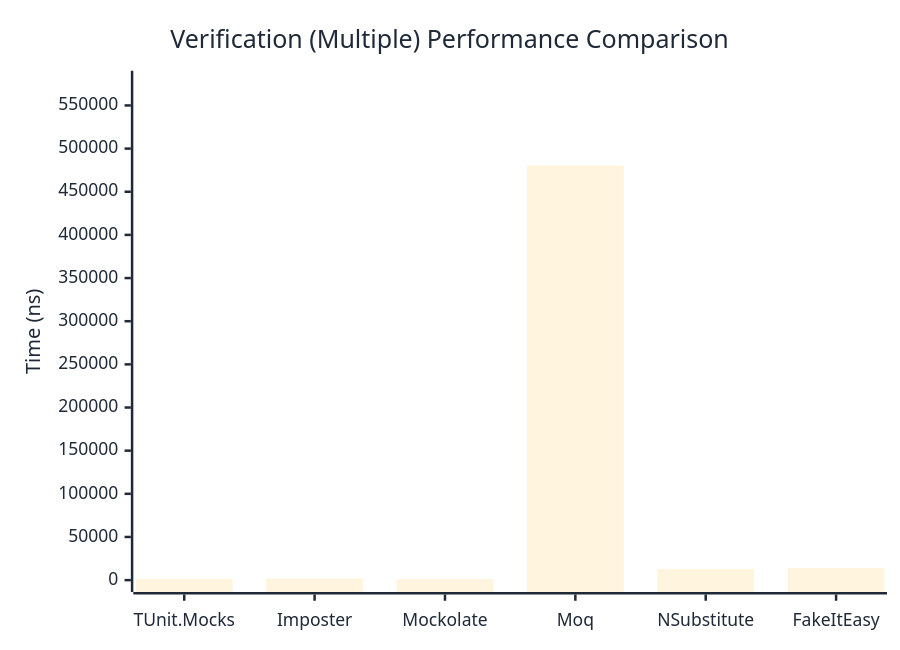
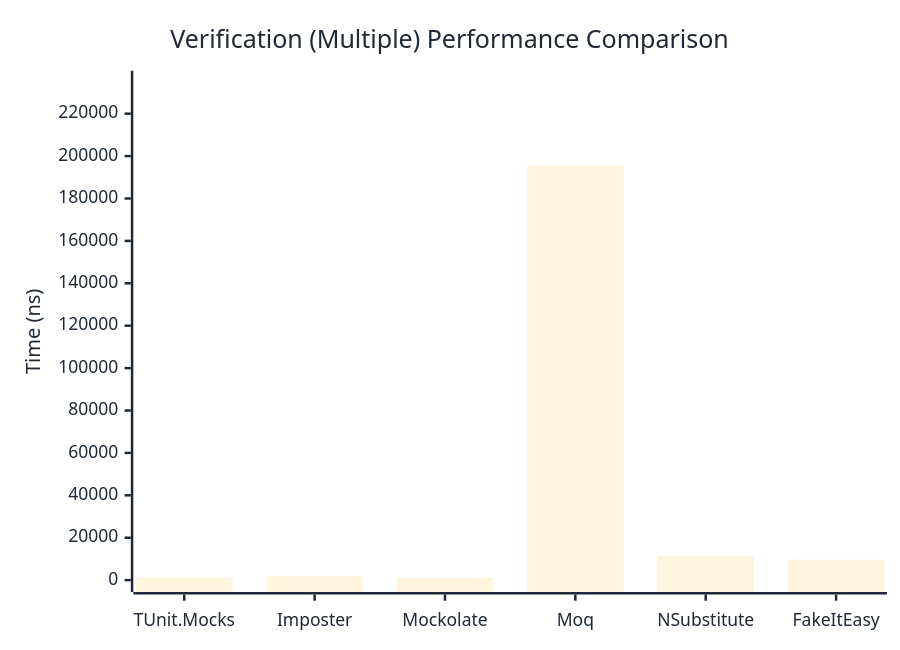
Before and after one commit to thomhurst/TUnit: the third of 3 diagrams in docs/docs/benchmarks/mocks/Verification.md, drawn with Mermaid. The commit also changed other lines of this file and 14 other files, not shown here.

````diff
--- a/docs/docs/benchmarks/mocks/Verification.md
+++ b/docs/docs/benchmarks/mocks/Verification.md
@@ -112,27 +112,27 @@
 ```mermaid
 %%{init: {
   'theme':'base',
   'themeVariables': {
     'primaryColor': '#2563eb',
     'primaryTextColor': '#1f2937',
     'primaryBorderColor': '#1e40af',
     'lineColor': '#6b7280',
     'secondaryColor': '#7c3aed',
     'tertiaryColor': '#dc2626',
     'background': '#ffffff',
     'pie1': '#2563eb',
     'pie2': '#7c3aed',
     'pie3': '#dc2626',
     'pie4': '#f59e0b',
     'pie5': '#10b981',
     'pie6': '#06b6d4',
     'pie7': '#ec4899',
     'pie8': '#6366f1'
   }
 }}%%
 xychart-beta
   title "Verification (Multiple) Performance Comparison"
   x-axis ["TUnit.Mocks", "Imposter", "Mockolate", "Moq", "NSubstitute", "FakeItEasy"]
-  y-axis "Time (ns)" 0 --> 576443
-  bar [1385.15, 1978.57, 1214.63, 480368.69, 12871.7, 13998.03]
+  y-axis "Time (ns)" 0 --> 234643
+  bar [1298.13, 1807.49, 1125.06, 195535.17, 11530.97, 9681.26]
 ```
````
